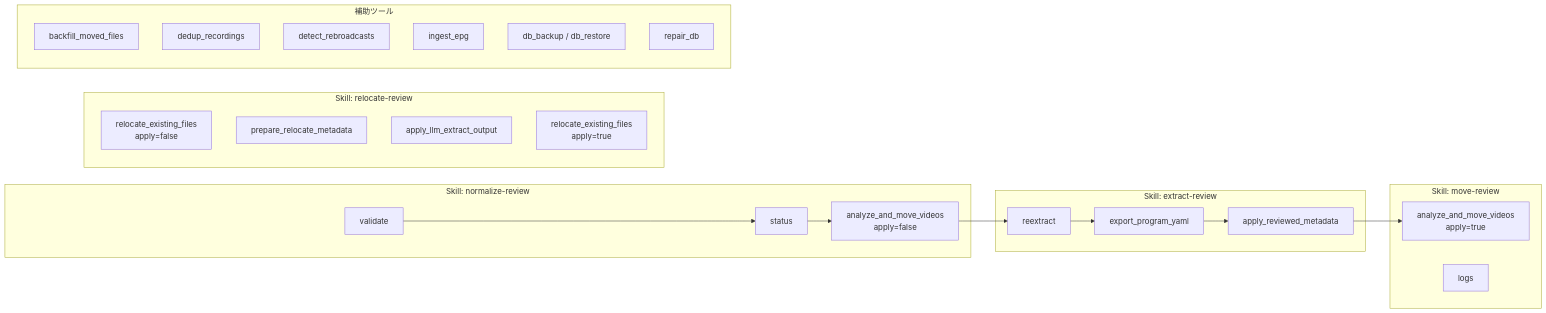
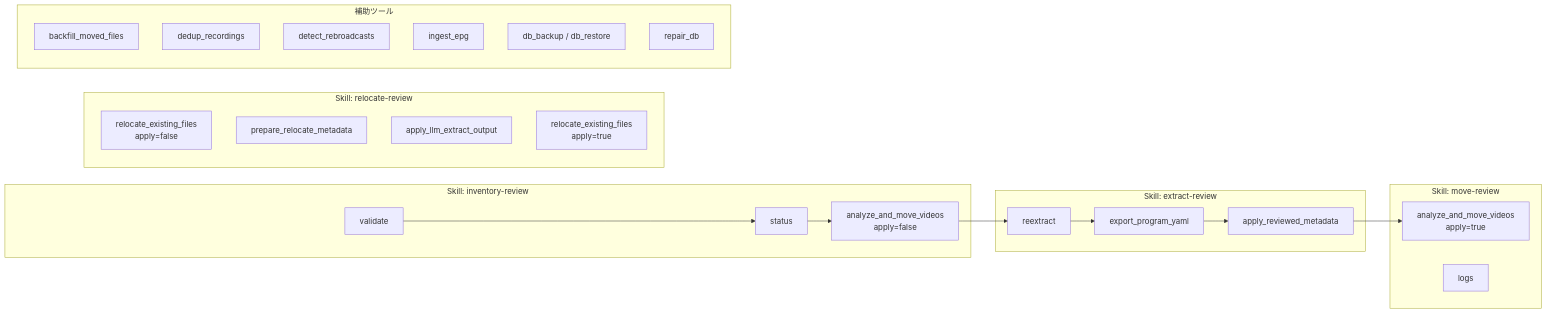
One commit to NEXTAltair/video-library-pipeline changed the fifth of 10 diagrams in README.md. Above: the diagram before and after it, drawn with Mermaid. The commit also changed other lines of this file and 4 other files, not shown here.

````diff
--- a/README.md
+++ b/README.md
@@ -223,38 +223,38 @@
 ```mermaid
 graph LR
-    subgraph "Skill: normalize-review"
+    subgraph "Skill: inventory-review"
         T_VAL["validate"]
         T_STATUS["status"]
         T_RUN_DRY["analyze_and_move_videos<br/>apply=false"]
     end
 
     subgraph "Skill: extract-review"
         T_REEXT["reextract"]
         T_EXPORT["export_program_yaml"]
         T_APPLY["apply_reviewed_metadata"]
     end
 
     subgraph "Skill: move-review"
         T_RUN_APPLY["analyze_and_move_videos<br/>apply=true"]
         T_LOGS["logs"]
     end
 
     subgraph "Skill: relocate-review"
         T_RELOC_DRY["relocate_existing_files<br/>apply=false"]
         T_PREP["prepare_relocate_metadata"]
         T_LLM_APPLY["apply_llm_extract_output"]
         T_RELOC_APPLY["relocate_existing_files<br/>apply=true"]
     end
 
     subgraph "補助ツール"
         T_BACKFILL["backfill_moved_files"]
         T_DEDUP["dedup_recordings"]
         T_REBROADCAST["detect_rebroadcasts"]
         T_EPG["ingest_epg"]
         T_BACKUP["db_backup / db_restore"]
         T_REPAIR["repair_db"]
     end
 
     T_VAL --> T_STATUS --> T_RUN_DRY --> T_REEXT
     T_REEXT --> T_EXPORT --> T_APPLY --> T_RUN_APPLY
 ```
````
